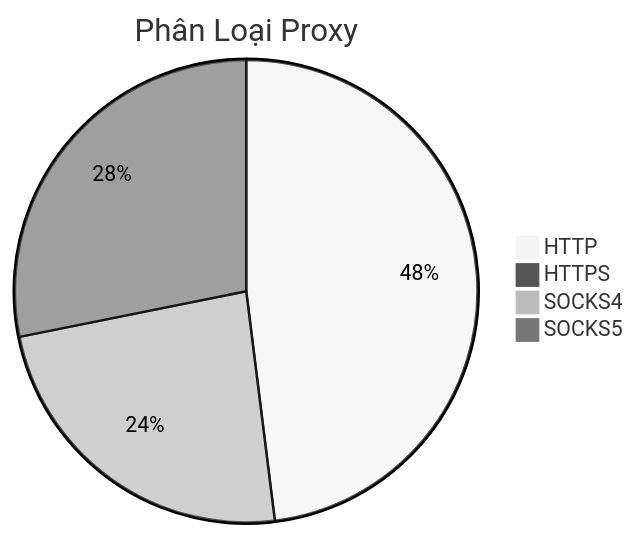
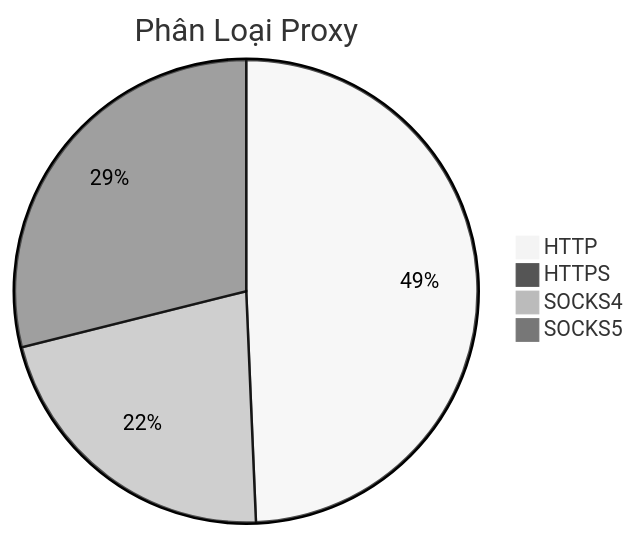
The diagram in README.md (Ciara-12/PROXY-free), drawn with Mermaid (neutral theme) before and after one commit. The commit also changed other lines of this file and 3 other files, not shown here.

````diff
--- a/README.md
+++ b/README.md
@@ -26,7 +26,7 @@
 ```mermaid
 pie title Phân Loại Proxy
-    "HTTP" : 486
+    "HTTP" : 478
     "HTTPS" : 0
-    "SOCKS4" : 241
-    "SOCKS5" : 285
+    "SOCKS4" : 211
+    "SOCKS5" : 280
 ```
````
